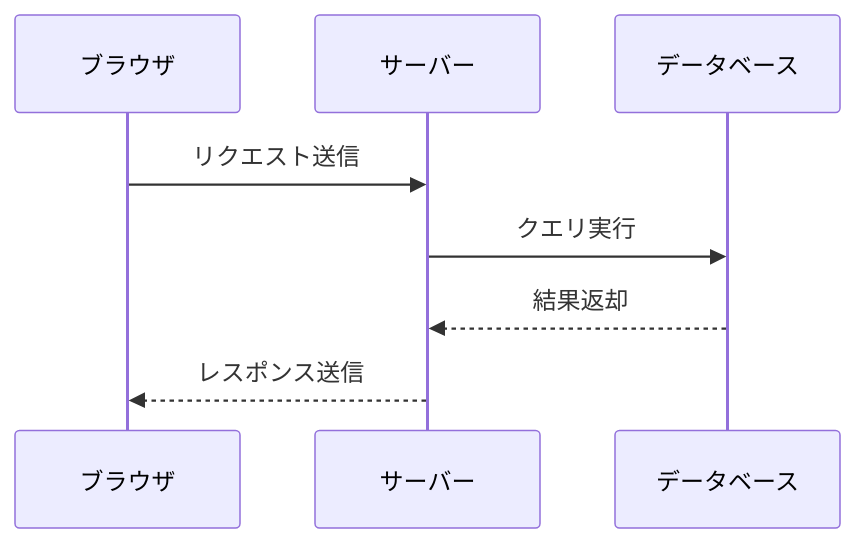
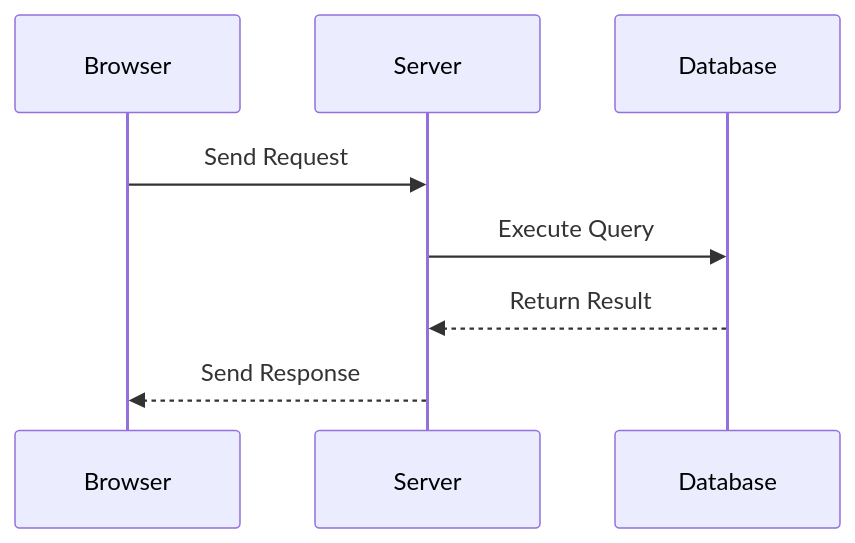
Before and after one commit to itTkm/pandoc-mermaid-selenium-filter: the second of 3 diagrams in example/example.md, drawn with Mermaid. The commit also changed other lines of this file and 3 other files, not shown here.

````diff
--- a/example/example.md
+++ b/example/example.md
@@ -16,11 +16,11 @@
 ```mermaid
 sequenceDiagram
-    participant ブラウザ
-    participant サーバー
-    participant データベース
+    participant Browser
+    participant Server
+    participant Database
 
-    ブラウザ->>サーバー: リクエスト送信
-    サーバー->>データベース: クエリ実行
-    データベース-->>サーバー: 結果返却
-    サーバー-->>ブラウザ: レスポンス送信
+    Browser->>Server: Send Request
+    Server->>Database: Execute Query
+    Database-->>Server: Return Result
+    Server-->>Browser: Send Response
 ```
````
